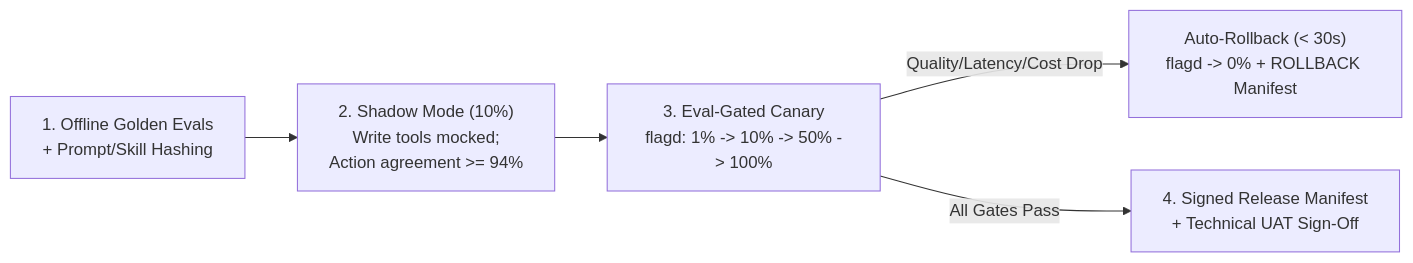
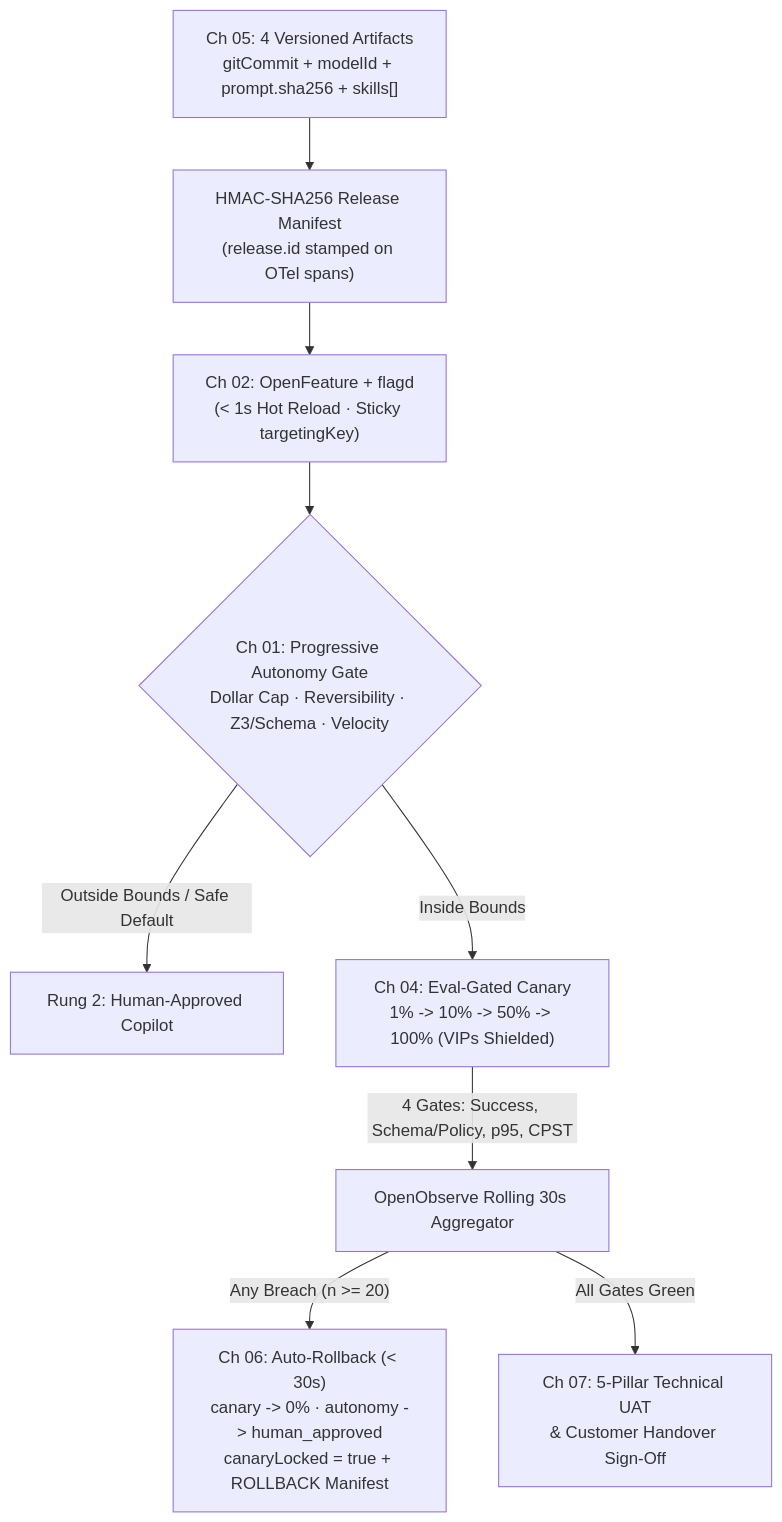
One commit to Amie-dev/FDE-and-GenAI-Mastery changed the diagram in Lecture 44 - Progressive Autonomy flagd and Safe Releases/notes/Lecture_44_Complete_Notes.md. Above: the diagram before and after it, drawn with Mermaid. The commit also changed other lines of this file and 13 other files, not shown here.

Commit message:
Refactor Lecture 44 and Lecture 45 notes for clarity and depth; enhance structure with executive summaries, chapter-by-chapter revisions, and detailed cheat sheets. Update diagrams to reflect improved architecture and flow, emphasizing security measures and identity management protocols.

````diff
--- a/Lecture 44 - Progressive Autonomy flagd and Safe Releases/notes/Lecture_44_Complete_Notes.md
+++ b/Lecture 44 - Progressive Autonomy flagd and Safe Releases/notes/Lecture_44_Complete_Notes.md
@@ -9,7 +33,11 @@
 ```mermaid
-flowchart LR
-    CI["1. Offline Golden Evals<br/>+ Prompt/Skill Hashing"] --> SH["2. Shadow Mode (10%)<br/>Write tools mocked;<br/>Action agreement >= 94%"]
-    SH --> CN["3. Eval-Gated Canary<br/>flagd: 1% -> 10% -> 50% -> 100%"]
-    CN -->|"Quality/Latency/Cost Drop"| RB["Auto-Rollback (< 30s)<br/>flagd -> 0% + ROLLBACK Manifest"]
-    CN -->|"All Gates Pass"| MAN["4. Signed Release Manifest<br/>+ Technical UAT Sign-Off"]
+flowchart TD
+    Artifacts["Ch 05: 4 Versioned Artifacts<br/>gitCommit + modelId + prompt.sha256 + skills[]"] --> Manifest["HMAC-SHA256 Release Manifest<br/>(release.id stamped on OTel spans)"]
+    Manifest --> Flagd["Ch 02: OpenFeature + flagd<br/>(< 1s Hot Reload · Sticky targetingKey)"]
+    Flagd --> Ladder{"Ch 01: Progressive Autonomy Gate<br/>Dollar Cap · Reversibility · Z3/Schema · Velocity"}
+    Ladder -->|"Outside Bounds / Safe Default"| Copilot["Rung 2: Human-Approved Copilot"]
+    Ladder -->|"Inside Bounds"| Canary["Ch 04: Eval-Gated Canary<br/>1% -> 10% -> 50% -> 100% (VIPs Shielded)"]
+    Canary -->|"4 Gates: Success, Schema/Policy, p95, CPST"| Monitor["OpenObserve Rolling 30s Aggregator"]
+    Monitor -->|"Any Breach (n >= 20)"| Rollback["Ch 06: Auto-Rollback (< 30s)<br/>canary -> 0% · autonomy -> human_approved<br/>canaryLocked = true + ROLLBACK Manifest"]
+    Monitor -->|"All Gates Green"| UAT["Ch 07: 5-Pillar Technical UAT<br/>& Customer Handover Sign-Off"]
 ```
````
